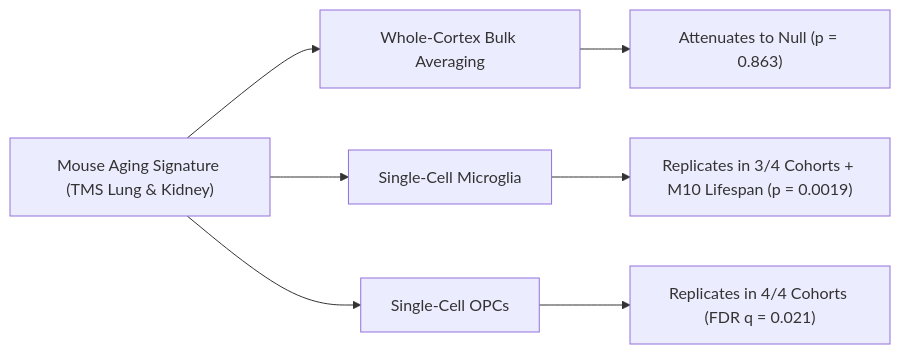
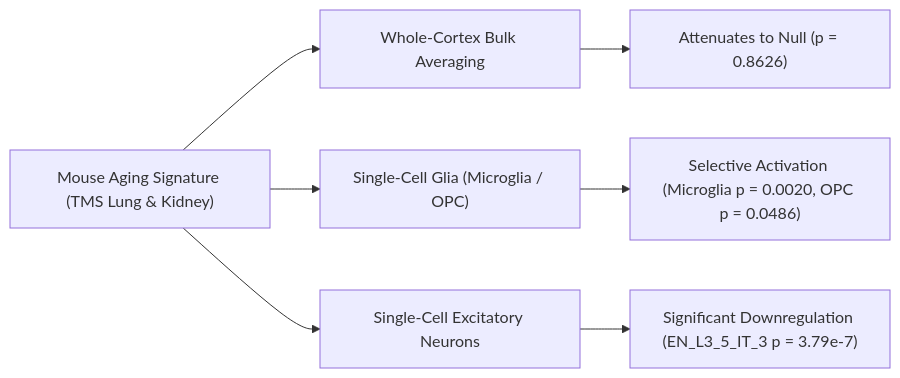
One commit to Abolfazl-Alipour/agescape changed the first of 2 diagrams in report/manuscript-aging-mechanisms.md. Above: the diagram before and after it, drawn with Mermaid. The commit also changed other lines of this file and 1 other file, not shown here.

````diff
--- a/report/manuscript-aging-mechanisms.md
+++ b/report/manuscript-aging-mechanisms.md
@@ -49,9 +49,9 @@
 ```mermaid
 flowchart LR
     A["Mouse Aging Signature (TMS Lung & Kidney)"] --> B["Whole-Cortex Bulk Averaging"]
-    A --> C["Single-Cell Microglia"]
-    A --> D["Single-Cell OPCs"]
-    B --> E["Attenuates to Null (p = 0.863)"]
-    C --> F["Replicates in 3/4 Cohorts + M10 Lifespan (p = 0.0019)"]
-    D --> G["Replicates in 4/4 Cohorts (FDR q = 0.021)"]
+    A --> C["Single-Cell Glia (Microglia / OPC)"]
+    A --> D["Single-Cell Excitatory Neurons"]
+    B --> E["Attenuates to Null (p = 0.8626)"]
+    C --> F["Selective Activation (Microglia p = 0.0020, OPC p = 0.0486)"]
+    D --> G["Significant Downregulation (EN_L3_5_IT_3 p = 3.79e-7)"]
 ```
````
